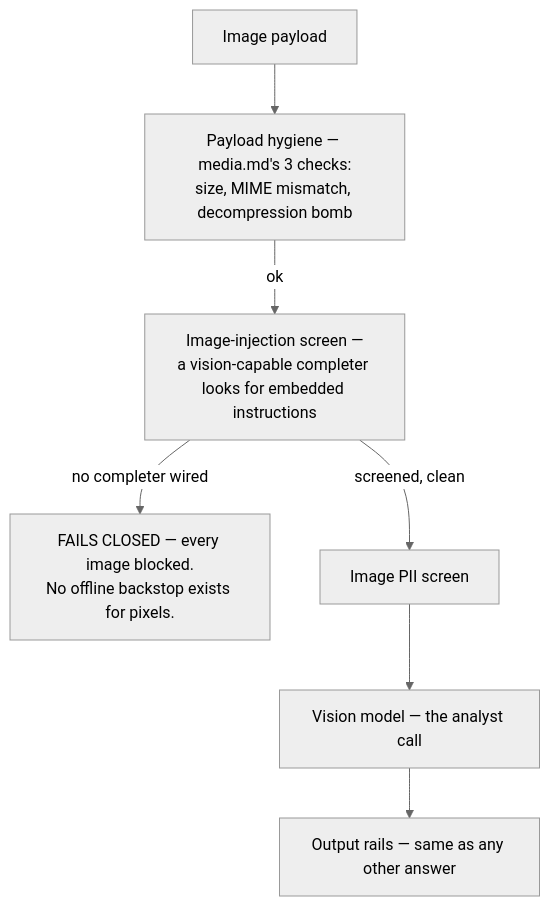
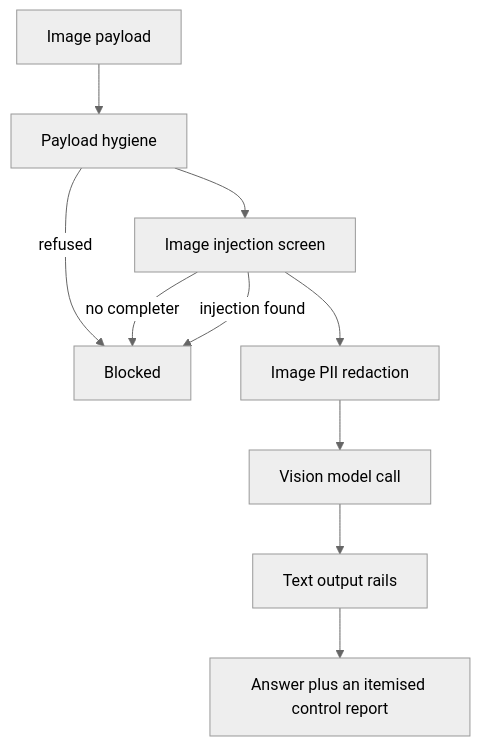
One commit to yrevash/aegis changed the diagram in docs/teaching/vision.md. Above: the diagram before and after it, drawn with Mermaid (neutral theme). The commit also changed other lines of this file and 29 other files, not shown here.

````diff
--- a/docs/teaching/vision.md
+++ b/docs/teaching/vision.md
@@ -29,9 +20,12 @@
 ```mermaid
 flowchart TD
-    A[Image payload] --> B["Payload hygiene — media.md's 3 checks:<br/>size, MIME mismatch, decompression bomb"]
-    B -->|ok| C["Image-injection screen —<br/>a vision-capable completer looks for embedded instructions"]
-    C -->|no completer wired| D["FAILS CLOSED — every image blocked.<br/>No offline backstop exists for pixels."]
-    C -->|screened, clean| E[Image PII screen]
-    E --> F["Vision model — the analyst call"]
-    F --> G[Output rails — same as any other answer]
+    A[Image payload] --> B[Payload hygiene]
+    B -->|refused| X[Blocked]
+    B --> C[Image injection screen]
+    C -->|no completer| X
+    C -->|injection found| X
+    C --> D[Image PII redaction]
+    D --> E[Vision model call]
+    E --> F[Text output rails]
+    F --> G[Answer plus an itemised control report]
 ```
````
